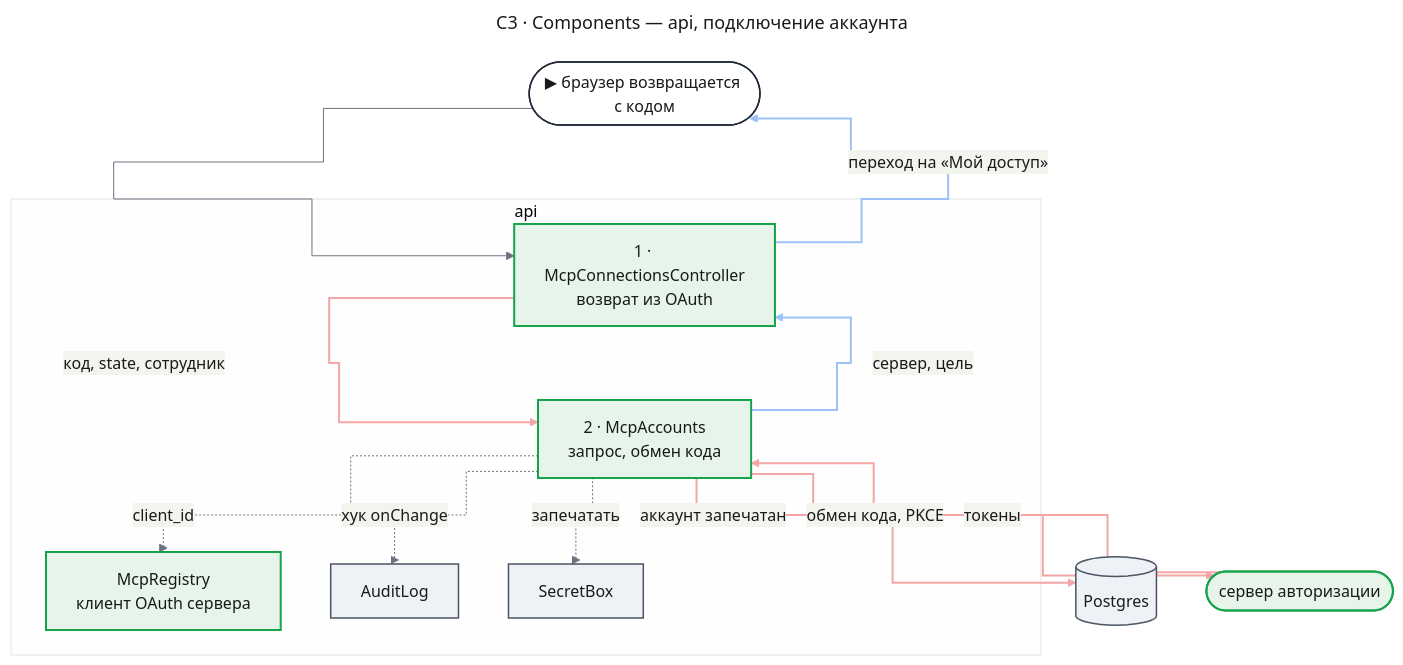
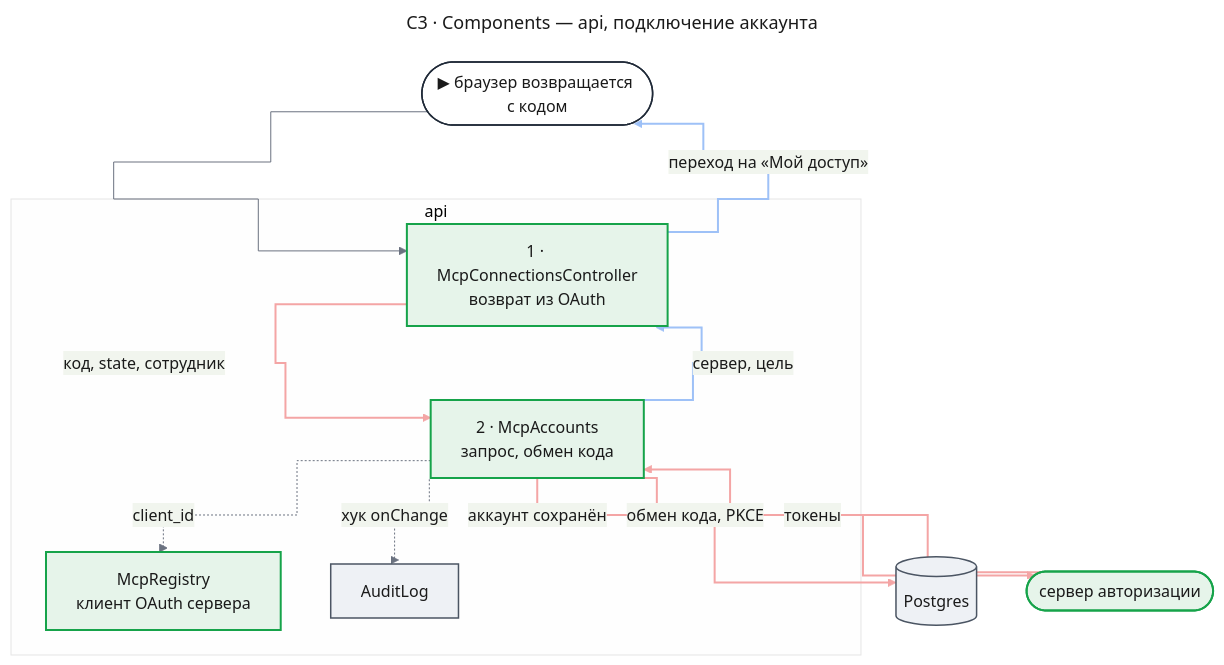
Before and after one commit to tundraray/agent-os: the fourth of 9 diagrams in docs/features/enterprise-access/design-mcp-connect.md, drawn with Mermaid. The commit also changed other lines of this file and 4 other files, not shown here.

````diff
--- a/docs/features/enterprise-access/design-mcp-connect.md
+++ b/docs/features/enterprise-access/design-mcp-connect.md
@@ -366,59 +364,57 @@
 ```mermaid
 ---
 title: "C3 · Components — api, подключение аккаунта"
 config:
   theme: base
   look: classic
   themeVariables:
     primaryColor: "#eef1f5"
     primaryBorderColor: "#4b5563"
     primaryTextColor: "#1a1a1a"
     lineColor: "#6b7280"
   flowchart:
     curve: step
   themeCSS: |
     @keyframes lit_mc3b{0%,15%{stroke:#991b1b;stroke-width:6px}16.67%,100%{stroke:#f4a5a5;stroke-width:2px}}
     @keyframes litr_mc3b{0%,15%{stroke:#1d4ed8;stroke-width:6px}16.67%,100%{stroke:#9ec1f7;stroke-width:2px}}
 ---
 flowchart TB
     entry(["▶ браузер возвращается с кодом"])
     subgraph api["api"]
         ctl["1 · McpConnectionsController<br/>возврат из OAuth"]
         acc["2 · McpAccounts<br/>запрос, обмен кода"]
         reg["McpRegistry<br/>клиент OAuth сервера"]
         audit["AuditLog"]
-        box["SecretBox"]
     end
     db[("Postgres")]
     authz(["сервер авторизации"])
     entry --> ctl
     ctl e1@-->|"код, state, сотрудник"| acc
     acc e2@-->|"обмен кода, PKCE"| authz
     authz e3@-->|"токены"| acc
-    acc e4@-->|"аккаунт запечатан"| db
+    acc e4@-->|"аккаунт сохранён"| db
     acc e5@-->|"сервер, цель"| ctl
     ctl e6@-->|"переход на «Мой доступ»"| entry
     acc -.->|"client_id"| reg
-    acc -.->|"запечатать"| box
     acc -.->|"хук onChange"| audit
     classDef entry fill:#ffffff,stroke:#1f2937,stroke-width:1.5px,color:#1a1a1a
     classDef changed fill:#fde8e8,stroke:#dc2626,stroke-width:2px,color:#1a1a1a
     classDef new fill:#e6f4ea,stroke:#16a34a,stroke-width:2px,color:#1a1a1a
     classDef unchanged fill:#eef1f5,stroke:#4b5563,stroke-width:1.5px,color:#1a1a1a
     classDef w1 stroke:#f4a5a5,stroke-width:2px,animation:lit_mc3b 7.2s linear 0s infinite
     classDef w2 stroke:#f4a5a5,stroke-width:2px,animation:lit_mc3b 7.2s linear 1.2s infinite
     classDef w3 stroke:#f4a5a5,stroke-width:2px,animation:lit_mc3b 7.2s linear 2.4s infinite
     classDef w4 stroke:#f4a5a5,stroke-width:2px,animation:lit_mc3b 7.2s linear 3.6s infinite
     classDef r1 stroke:#9ec1f7,stroke-width:2px,animation:litr_mc3b 7.2s linear 4.8s infinite
     classDef r2 stroke:#9ec1f7,stroke-width:2px,animation:litr_mc3b 7.2s linear 6s infinite
     class entry entry
     class ctl,acc,reg new
-    class audit,box,db unchanged
+    class audit,db unchanged
     class authz new
     class e1 w1
     class e2 w2
     class e3 w3
     class e4 w4
     class e5 r1
     class e6 r2
 ```
````
